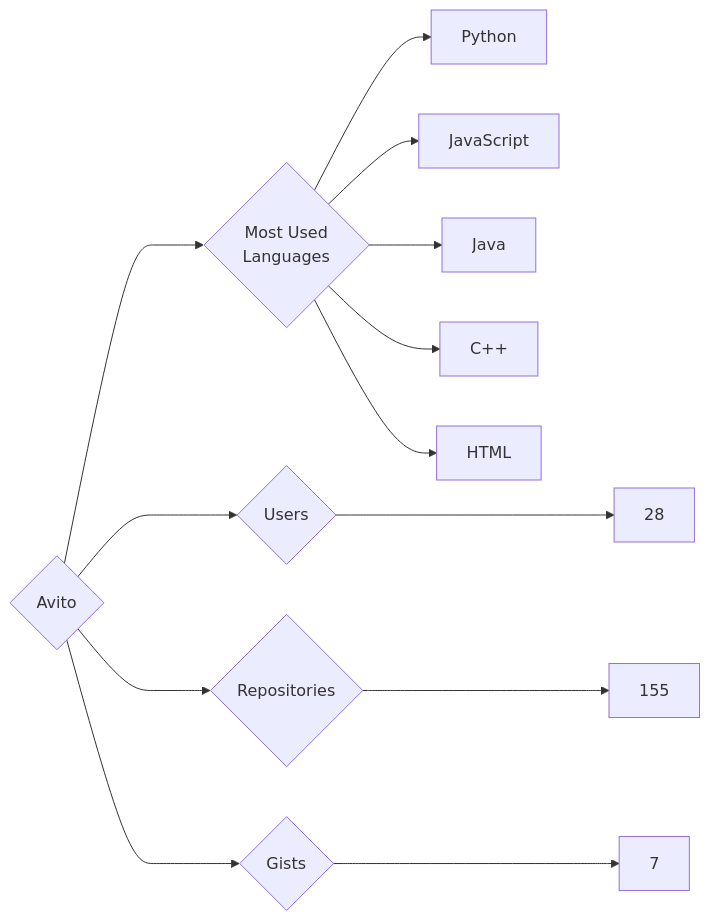
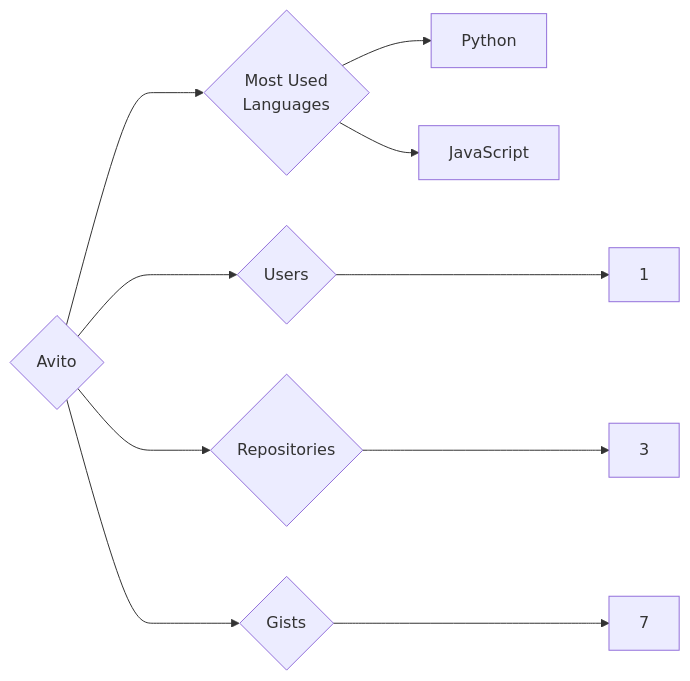
The diagram in targets/Avito/README.md (trickest/insiders), drawn with Mermaid before and after one commit. The commit also changed 644 other files, not shown here.

````diff
--- a/targets/Avito/README.md
+++ b/targets/Avito/README.md
@@ -3,13 +3,10 @@
 ```mermaid
 graph LR
 COMPANY_NAME{Avito}
-COMPANY_NAME ---> U{Users} ---> UN[28]
-COMPANY_NAME ---> R{Repositories} ---> RN[155]
+COMPANY_NAME ---> U{Users} ---> UN[1]
+COMPANY_NAME ---> R{Repositories} ---> RN[3]
 COMPANY_NAME ---> G{Gists} ---> GN[7]
 COMPANY_NAME ---> ML{Most Used<br>Languages}
 ML --> Python[Python]
 ML --> JavaScript[JavaScript]
-ML --> Java[Java]
-ML --> C++[C++]
-ML --> HTML[HTML]
 ```
````
